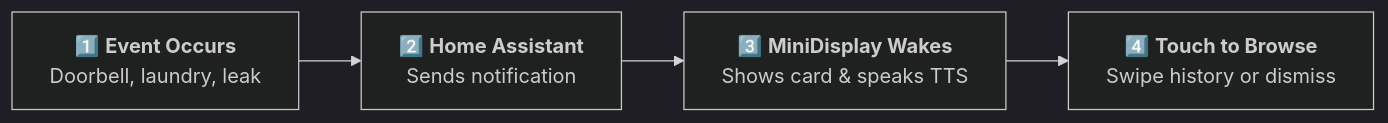
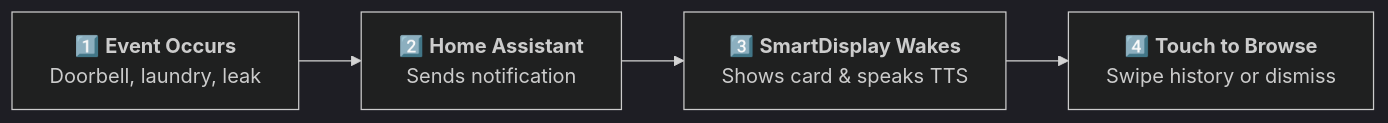
The diagram in docs/QUICKSTART.md (pasmimmo/SmartDisplay), drawn with Mermaid (dark theme) before and after one commit. The commit also changed other lines of this file and 11 other files, not shown here.

````diff
--- a/docs/QUICKSTART.md
+++ b/docs/QUICKSTART.md
@@ -9,9 +9,9 @@
 ```mermaid
 flowchart LR
     E["1️⃣ <b>Event Occurs</b><br>Doorbell, laundry, leak"]
     H["2️⃣ <b>Home Assistant</b><br>Sends notification"]
-    D["3️⃣ <b>MiniDisplay Wakes</b><br>Shows card & speaks TTS"]
+    D["3️⃣ <b>SmartDisplay Wakes</b><br>Shows card & speaks TTS"]
     T["4️⃣ <b>Touch to Browse</b><br>Swipe history or dismiss"]
 
     E --> H --> D --> T
 ```
````
